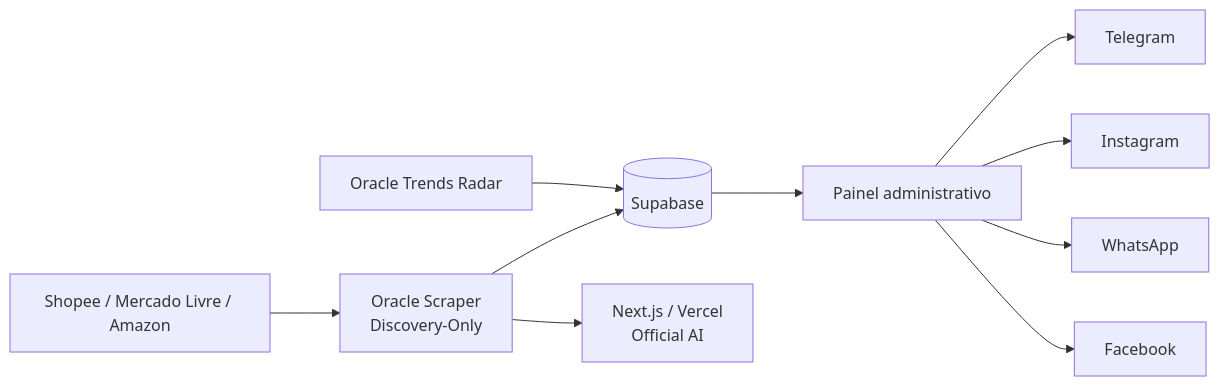
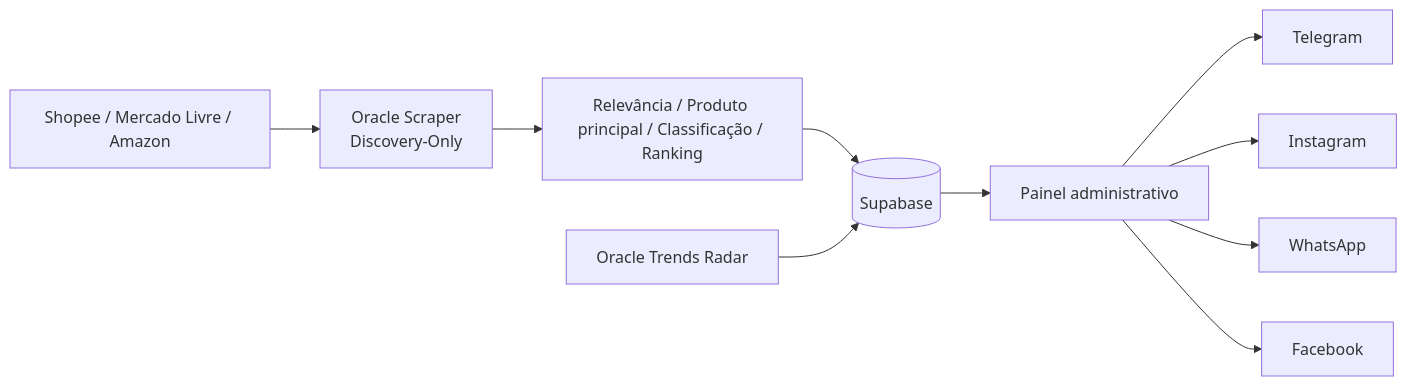
Before and after one commit to Andrejr82/Caca_OfertaOficial: the diagram in docs/architecture-current.md, drawn with Mermaid. The commit also changed other lines of this file, not shown here.

Commit message:
docs: review architecture for unified marketplace quality

````diff
--- a/docs/architecture-current.md
+++ b/docs/architecture-current.md
@@ -13,12 +13,12 @@
 ```mermaid
 flowchart LR
   M["Shopee / Mercado Livre / Amazon"] --> O["Oracle Scraper\nDiscovery-Only"]
-  O --> S[("Supabase")]
-  O --> V["Next.js / Vercel\nOfficial AI"]
+  O --> Q["Relevância / Produto principal / Classificação / Ranking"]
+  Q --> S[("Supabase")]
   S --> P["Painel administrativo"]
   P --> TG["Telegram"]
   P --> IG["Instagram"]
   P --> WA["WhatsApp"]
   P --> FB["Facebook"]
   R["Oracle Trends Radar"] --> S
 ```
````
